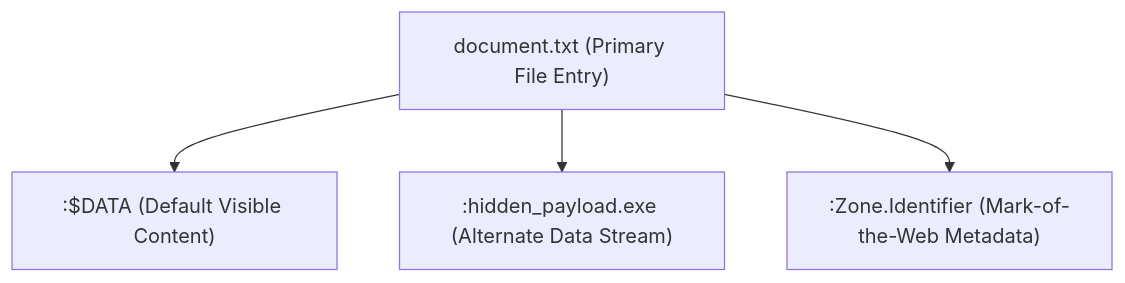
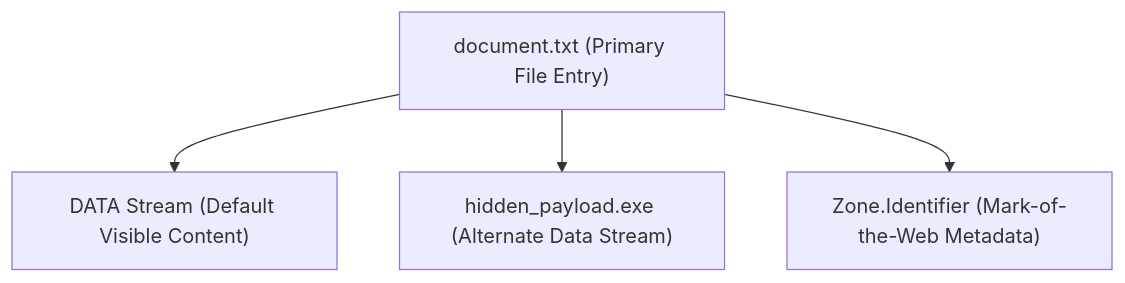
The ninth of 10 diagrams in Windows/Fundamentals/Chapter 03 — Windows File System & File Explorer.md (Kashif-Mashi/Blue-Team-Handbook), drawn with Mermaid before and after one commit. The commit also changed other lines of this file and 1 other file, not shown here.

````diff
--- a/Windows/Fundamentals/Chapter 03 — Windows File System & File Explorer.md
+++ b/Windows/Fundamentals/Chapter 03 — Windows File System & File Explorer.md
@@ -601,6 +601,6 @@
 ```mermaid
 flowchart TD
-    File["document.txt (Primary File Entry)"] --> Stream1[":$DATA (Default Visible Content)"]
-    File --> Stream2[":hidden_payload.exe (Alternate Data Stream)"]
-    File --> Stream3[":Zone.Identifier (Mark-of-the-Web Metadata)"]
+    File["document.txt (Primary File Entry)"] --> Stream1["DATA Stream (Default Visible Content)"]
+    File --> Stream2["hidden_payload.exe (Alternate Data Stream)"]
+    File --> Stream3["Zone.Identifier (Mark-of-the-Web Metadata)"]
 ```
````
